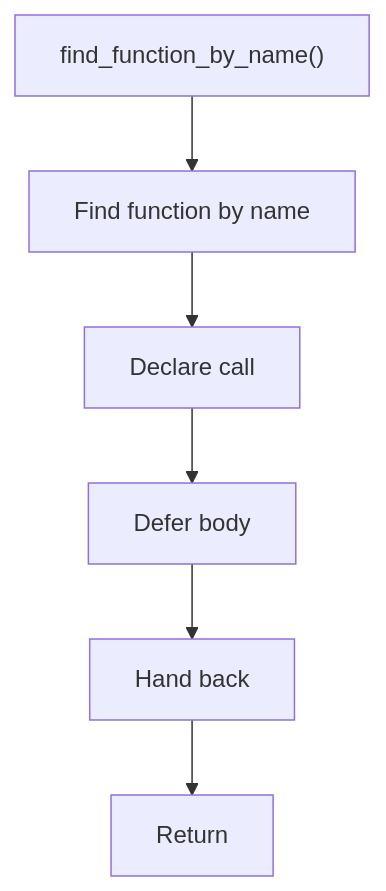
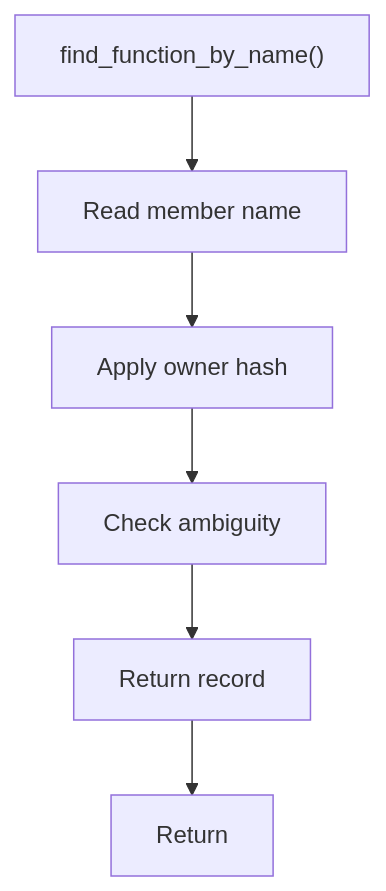
Before and after one commit to JohnAndrewBalbarosa/NeoTerritory: the diagram in docs/Codebase/Microservice/Modules/Header/Analysis/ImplementationUse/Binding/Symbols/Flow/functions/find_function_by_name.hpp.md, drawn with Mermaid. The commit also changed other lines of this file and 147 other files, not shown here.

````diff
--- a/docs/Codebase/Microservice/Modules/Header/Analysis/ImplementationUse/Binding/Symbols/Flow/functions/find_function_by_name.hpp.md
+++ b/docs/Codebase/Microservice/Modules/Header/Analysis/ImplementationUse/Binding/Symbols/Flow/functions/find_function_by_name.hpp.md
@@ -16,14 +22,14 @@
 ```mermaid
 flowchart TD
     Start["find_function_by_name()"]
-    N0["Find function by name"]
-    N1["Declare call"]
-    N2["Defer body"]
-    N3["Hand back"]
+    N0["Read member name"]
+    N1["Apply owner hash"]
+    N2["Check ambiguity"]
+    N3["Return record"]
     End["Return"]
     Start --> N0
     N0 --> N1
     N1 --> N2
     N2 --> N3
     N3 --> End
 ```
````
